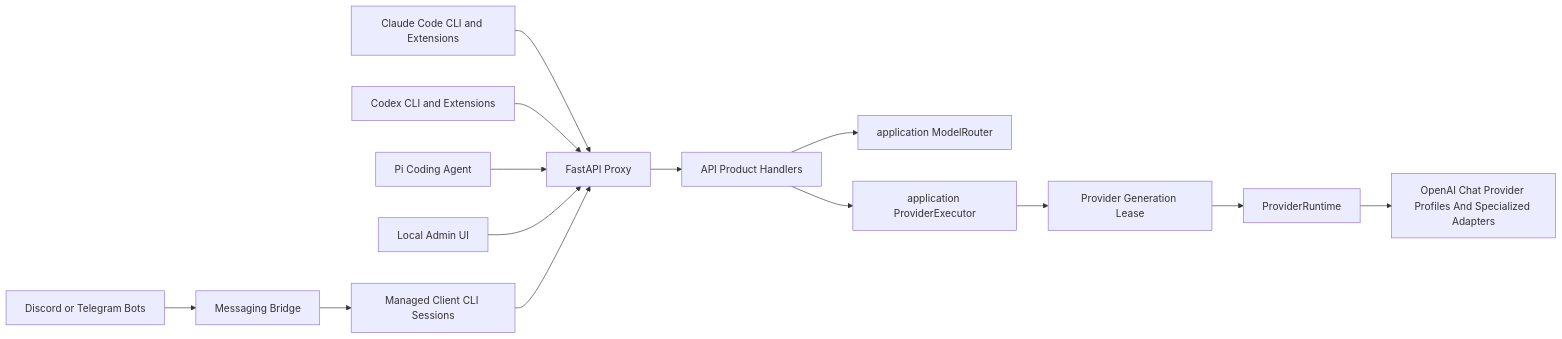
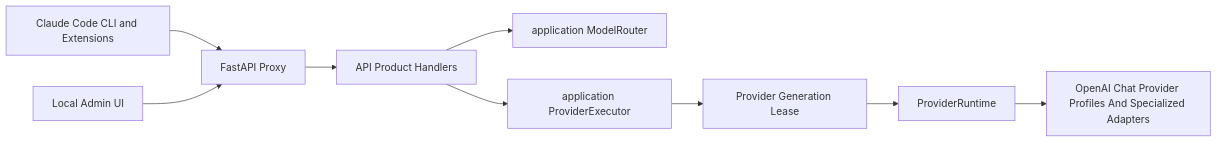
One commit to davidlosasgonzalez/llmux changed the first of 2 diagrams in ARCHITECTURE.md. Above: the diagram before and after it, drawn with Mermaid. The commit also changed other lines of this file and 263 other files, not shown here.

````diff
--- a/ARCHITECTURE.md
+++ b/ARCHITECTURE.md
@@ -27,16 +26,11 @@
 ```mermaid
 flowchart LR
     ClaudeCode[Claude Code CLI and Extensions] --> ProxyAPI[FastAPI Proxy]
-    Codex[Codex CLI and Extensions] --> ProxyAPI
-    Pi[Pi Coding Agent] --> ProxyAPI
     AdminUI[Local Admin UI] --> ProxyAPI
-    Bots[Discord or Telegram Bots] --> Messaging[Messaging Bridge]
-    Messaging --> ClientCLI[Managed Client CLI Sessions]
-    ClientCLI --> ProxyAPI
     ProxyAPI --> Handlers[API Product Handlers]
     Handlers --> Router[application ModelRouter]
     Handlers --> Executor[application ProviderExecutor]
     Executor --> Lease[Provider Generation Lease]
     Lease --> Providers[ProviderRuntime]
     Providers --> OpenAIChat[OpenAI Chat Provider Profiles And Specialized Adapters]
 ```
````
